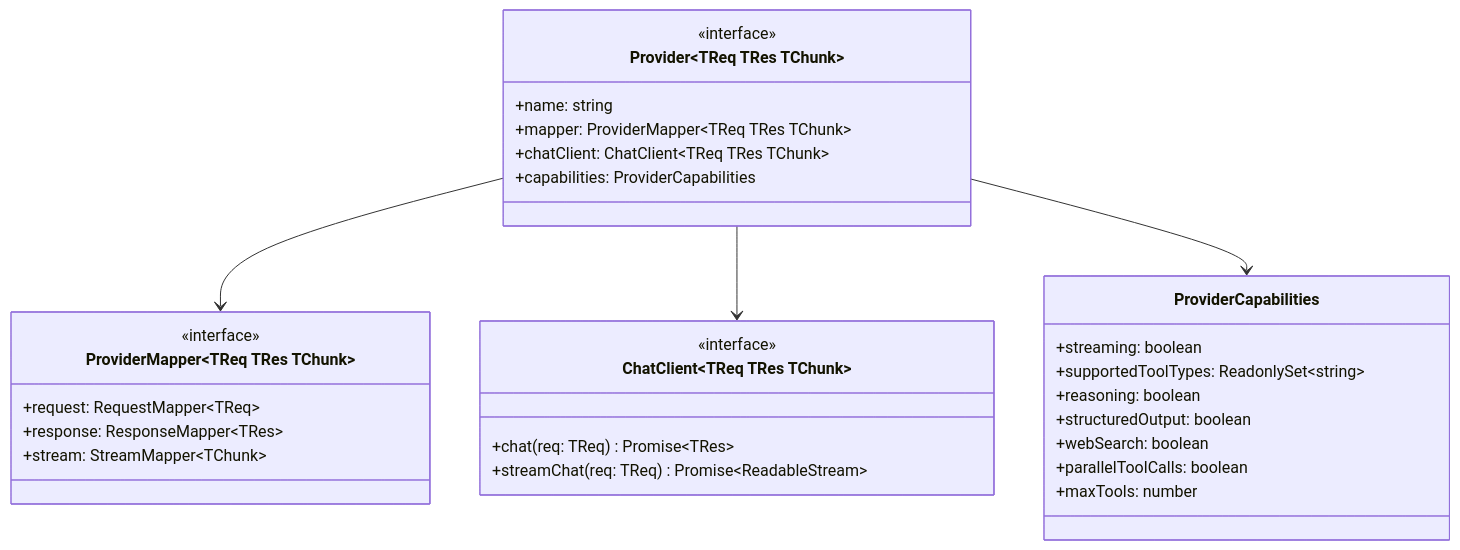
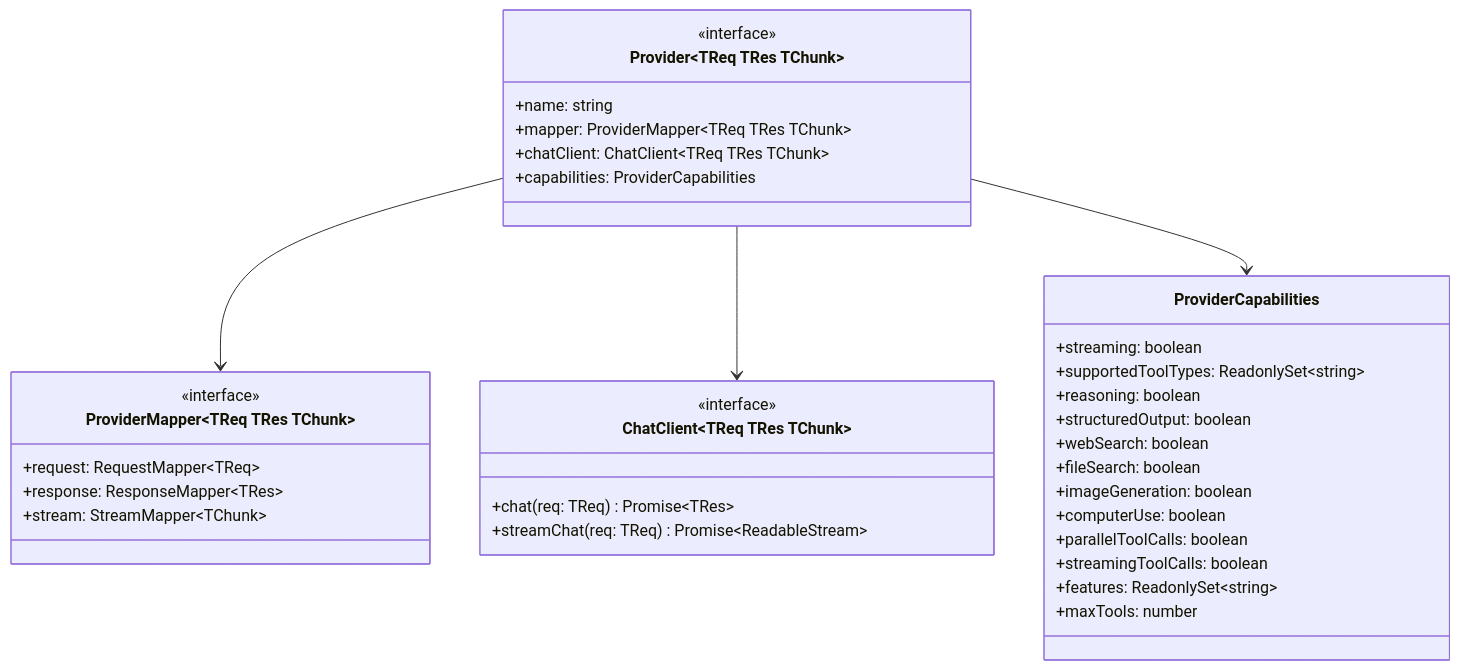
Before and after one commit to Ahoo-Wang/GodeX: the diagram in wiki/03-provider-development/provider-interface.md, drawn with Mermaid. The commit also changed 9 other files, not shown here.

````diff
--- a/wiki/03-provider-development/provider-interface.md
+++ b/wiki/03-provider-development/provider-interface.md
@@ -12,39 +12,44 @@
 ```mermaid
 classDiagram
   direction TB
 
   class Provider~TReq TRes TChunk~ {
     <<interface>>
     +name: string
     +mapper: ProviderMapper~TReq TRes TChunk~
     +chatClient: ChatClient~TReq TRes TChunk~
     +capabilities: ProviderCapabilities
   }
 
   class ProviderMapper~TReq TRes TChunk~ {
     <<interface>>
     +request: RequestMapper~TReq~
     +response: ResponseMapper~TRes~
     +stream: StreamMapper~TChunk~
   }
 
   class ChatClient~TReq TRes TChunk~ {
     <<interface>>
     +chat(req: TReq) Promise~TRes~
     +streamChat(req: TReq) Promise~ReadableStream~
   }
 
   class ProviderCapabilities {
     +streaming: boolean
     +supportedToolTypes: ReadonlySet~string~
     +reasoning: boolean
     +structuredOutput: boolean
     +webSearch: boolean
+    +fileSearch: boolean
+    +imageGeneration: boolean
+    +computerUse: boolean
     +parallelToolCalls: boolean
+    +streamingToolCalls: boolean
+    +features: ReadonlySet~string~
     +maxTools: number
   }
 
   Provider --> ProviderMapper
   Provider --> ChatClient
   Provider --> ProviderCapabilities
 ```
````
